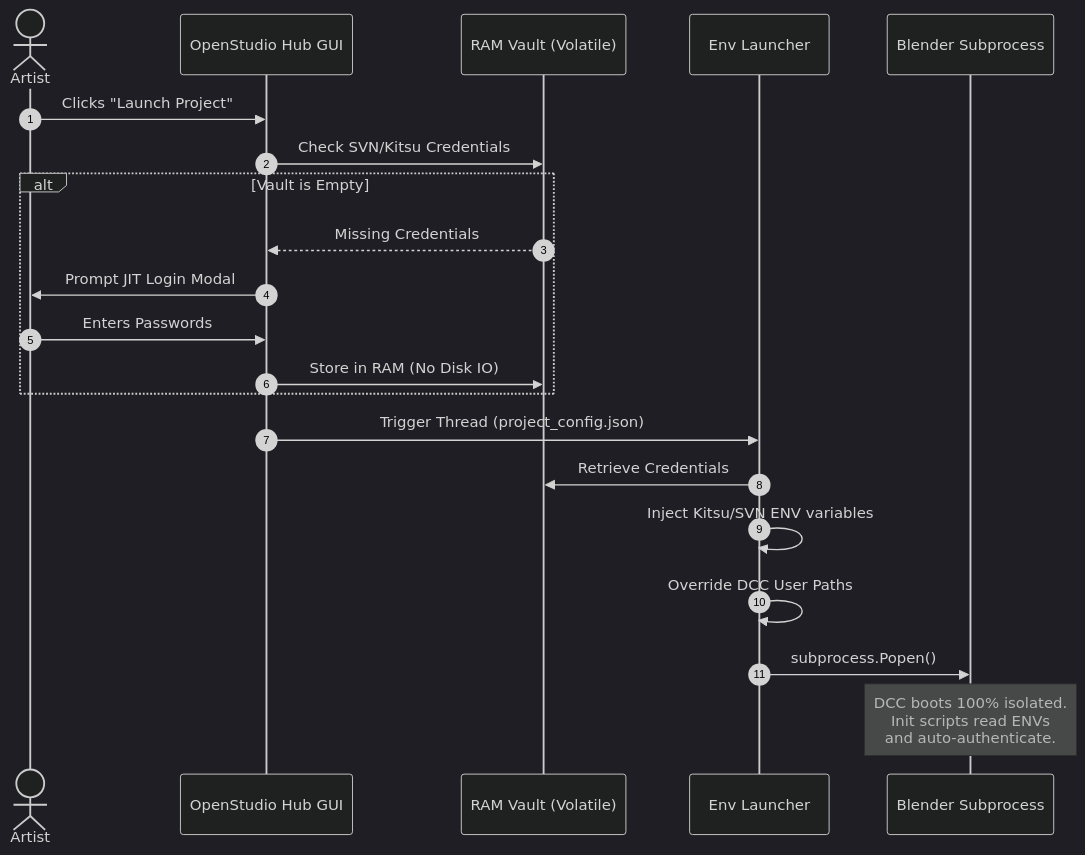
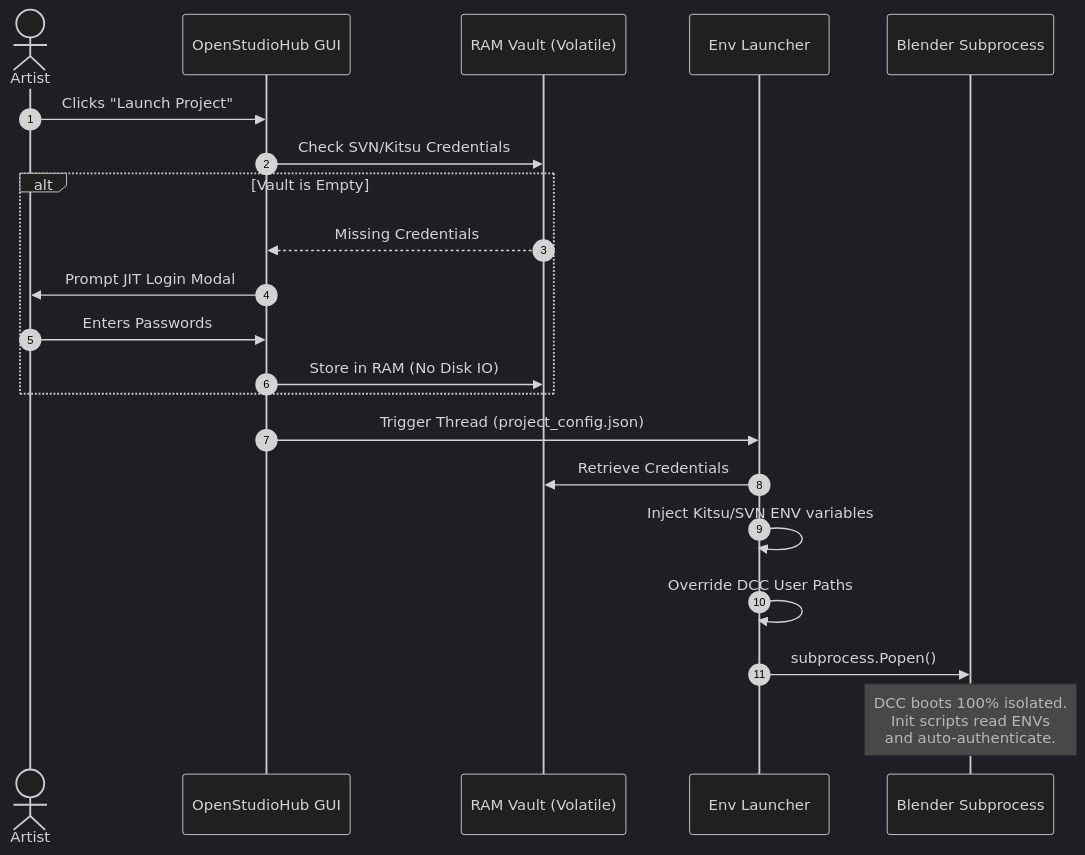
One commit to 3dvm/openstudiohub changed the second of 2 diagrams in README.md. Above: the diagram before and after it, drawn with Mermaid (dark theme). The commit also changed other lines of this file, not shown here.

````diff
--- a/README.md
+++ b/README.md
@@ -81,28 +81,28 @@
 ```mermaid
 sequenceDiagram
     autonumber
     actor Artist
-    participant UI as OpenStudio Hub GUI
+    participant UI as OpenStudioHub GUI
     participant Vault as RAM Vault (Volatile)
     participant Core as Env Launcher
     participant DCC as Blender Subprocess
 
     Artist->>UI: Clicks "Launch Project"
     UI->>Vault: Check SVN/Kitsu Credentials
     
     alt Vault is Empty
         Vault-->>UI: Missing Credentials
         UI->>Artist: Prompt JIT Login Modal
         Artist->>UI: Enters Passwords
         UI->>Vault: Store in RAM (No Disk IO)
     end
     
     UI->>Core: Trigger Thread (project_config.json)
     Core->>Vault: Retrieve Credentials
     Core->>Core: Inject Kitsu/SVN ENV variables
     Core->>Core: Override DCC User Paths
     Core->>DCC: subprocess.Popen()
     
     Note over DCC: DCC boots 100% isolated.<br/>Init scripts read ENVs<br/>and auto-authenticate.
 
 ```
````
